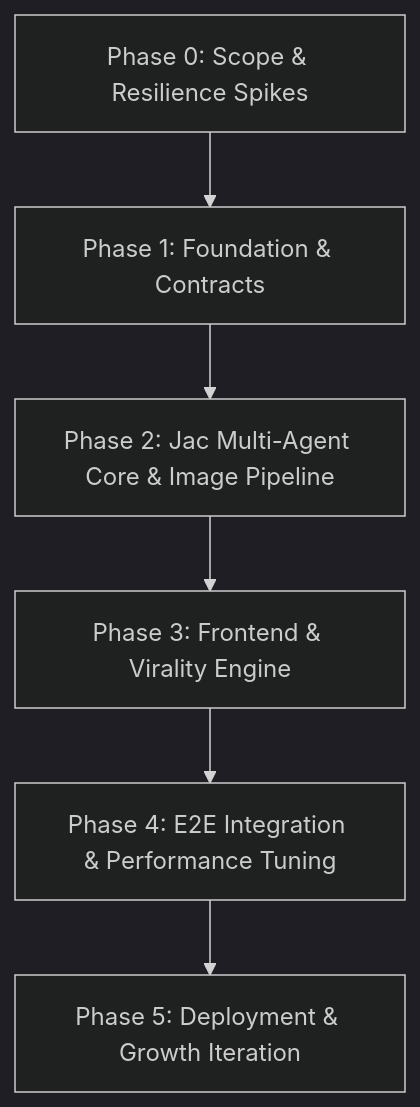
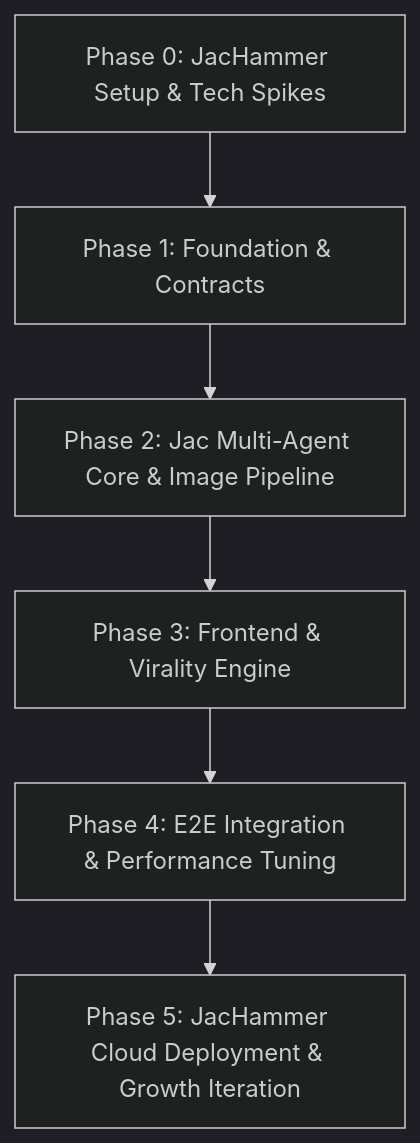
Before and after one commit to scottsimenel/jac-hacks-sf: the diagram in docs/DEVELOPMENT_STRATEGY.md, drawn with Mermaid (dark theme). The commit also changed other lines of this file and 1 other file, not shown here.

Commit message:
docs: integrate JacHammer (jachammer.ai) into System Design and Development Strategy

````diff
--- a/docs/DEVELOPMENT_STRATEGY.md
+++ b/docs/DEVELOPMENT_STRATEGY.md
@@ -11,8 +11,8 @@
 ```mermaid
 graph TD
-    P0[Phase 0: Scope & Resilience Spikes] --> P1[Phase 1: Foundation & Contracts]
+    P0[Phase 0: JacHammer Setup & Tech Spikes] --> P1[Phase 1: Foundation & Contracts]
     P1 --> P2[Phase 2: Jac Multi-Agent Core & Image Pipeline]
     P2 --> P3[Phase 3: Frontend & Virality Engine]
     P3 --> P4[Phase 4: E2E Integration & Performance Tuning]
-    P4 --> P5[Phase 5: Deployment & Growth Iteration]
+    P4 --> P5[Phase 5: JacHammer Cloud Deployment & Growth Iteration]
 ```
````
